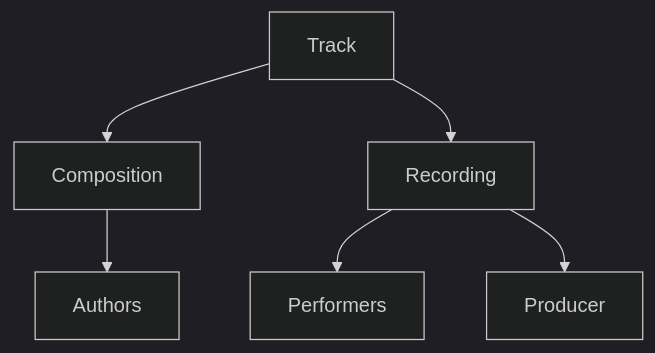
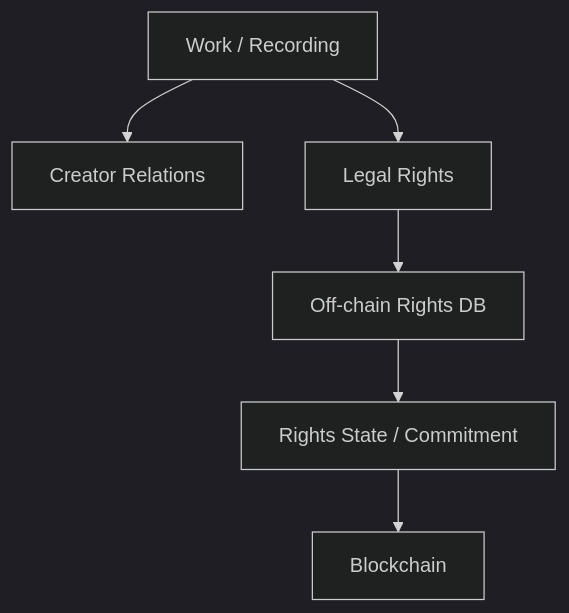
Diagram 12 of 46 in docs/whitepaper/13-roadmap.md (ShigeichiroYamasaki/creator-first-platform), drawn with Mermaid (dark theme) before and after one commit. The commit also changed other lines of this file, not shown here.

````diff
--- a/docs/whitepaper/13-roadmap.md
+++ b/docs/whitepaper/13-roadmap.md
@@ -398,13 +393,11 @@
 ```mermaid
 flowchart TD
-    TRACK[Track]
-    WORK[Composition]
-    RECORD[Recording]
+    WORK[Work / Recording]
 
-    TRACK --> WORK
-    TRACK --> RECORD
+    WORK --> CREATOR[Creator Relations]
+    WORK --> RIGHTS[Legal Rights]
 
-    WORK --> AUTHOR[Authors]
-    RECORD --> PERFORMER[Performers]
-    RECORD --> PRODUCER[Producer]
+    RIGHTS --> DB[Off-chain Rights DB]
+    DB --> COMMIT[Rights State / Commitment]
+    COMMIT --> CHAIN[Blockchain]
 ```
````
